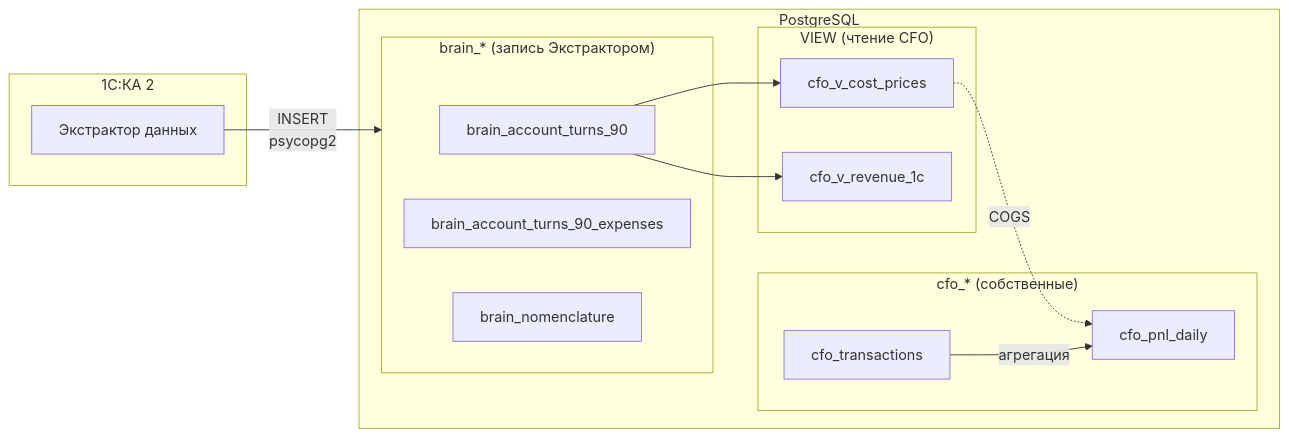
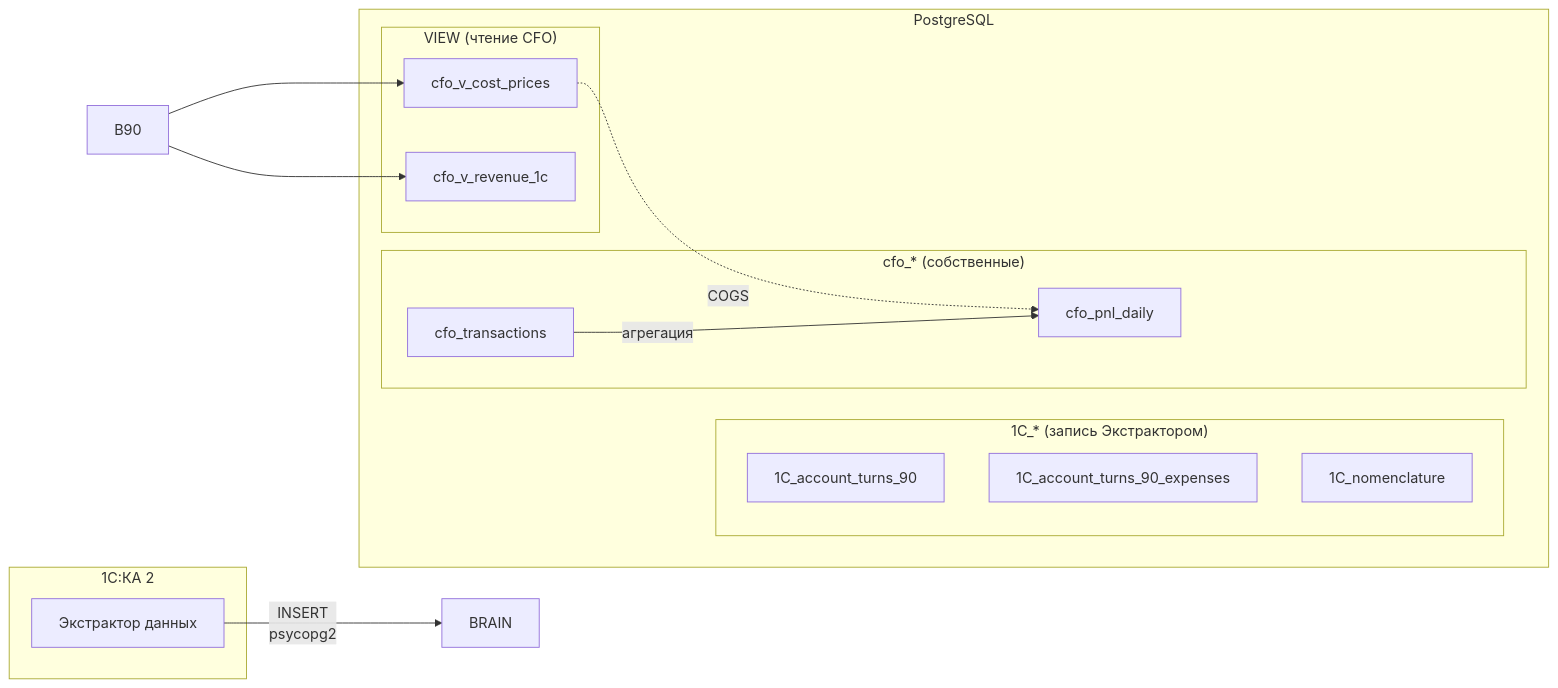
The second of 2 diagrams in cfo/adolf_cfo_5_database.md (Sign25/Docs), drawn with Mermaid before and after one commit. The commit also changed other lines of this file, not shown here.

Commit message:
refactor(cfo): rename brain_* -> 1C_*, update A1 links to 1cexport

````diff
--- a/cfo/adolf_cfo_5_database.md
+++ b/cfo/adolf_cfo_5_database.md
@@ -120,28 +120,28 @@
 ```mermaid
 flowchart LR
     subgraph ONE_C["1С:КА 2"]
         EXT["Экстрактор данных"]
     end
 
     subgraph PG["PostgreSQL"]
-        subgraph BRAIN["brain_* (запись Экстрактором)"]
-            B90["brain_account_turns_90"]
-            B90E["brain_account_turns_90_expenses"]
-            BNOM["brain_nomenclature"]
+        subgraph ONEC["1C_* (запись Экстрактором)"]
+            O90["1C_account_turns_90"]
+            O90E["1C_account_turns_90_expenses"]
+            ONOM["1C_nomenclature"]
         end
         subgraph VIEWS["VIEW (чтение CFO)"]
             VCP["cfo_v_cost_prices"]
             VRV["cfo_v_revenue_1c"]
         end
         subgraph CFO_TABLES["cfo_* (собственные)"]
             TRX["cfo_transactions"]
             PNL["cfo_pnl_daily"]
         end
     end
 
     EXT -->|"INSERT<br/>psycopg2"| BRAIN
     B90 --> VCP
     B90 --> VRV
     VCP -.->|"COGS"| PNL
     TRX -->|"агрегация"| PNL
 ```
````
